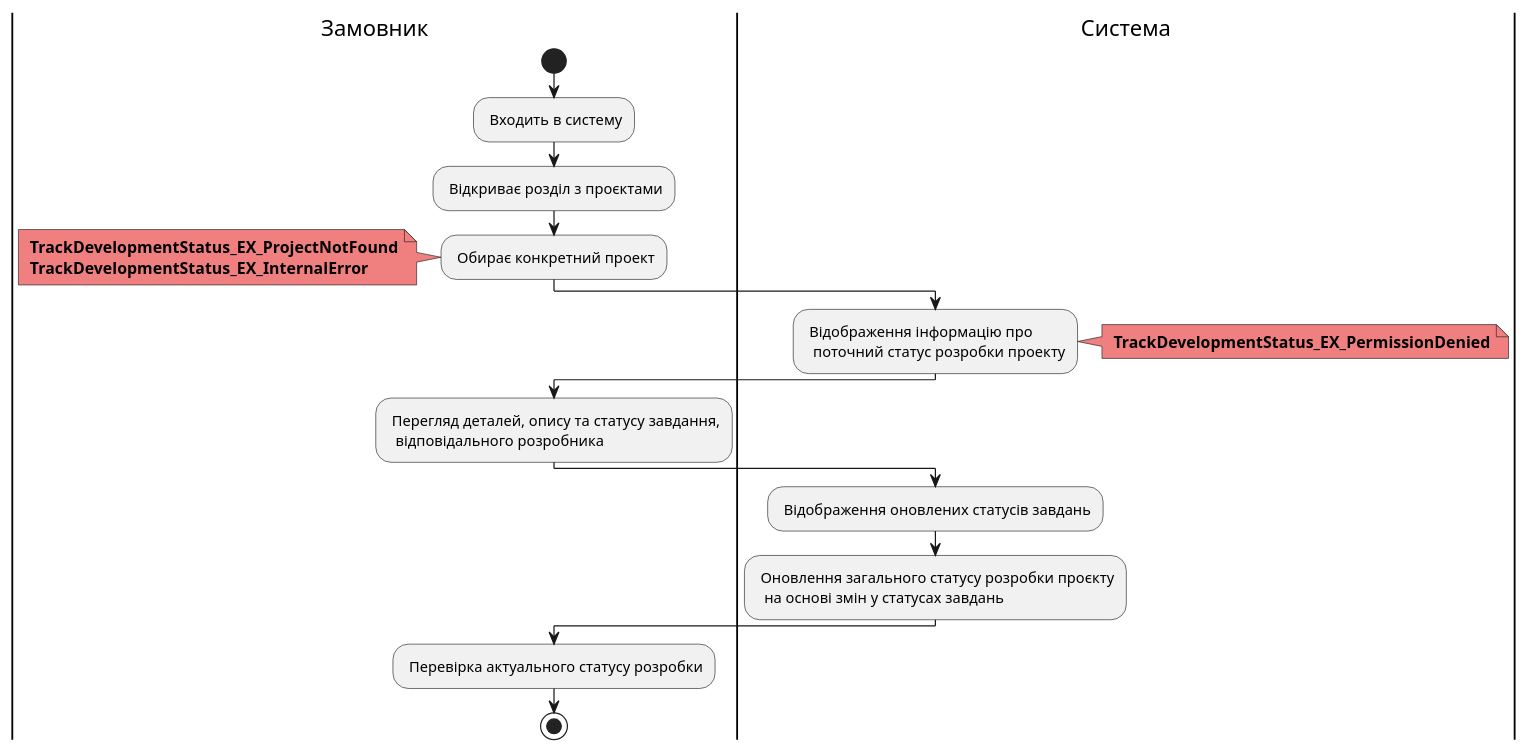
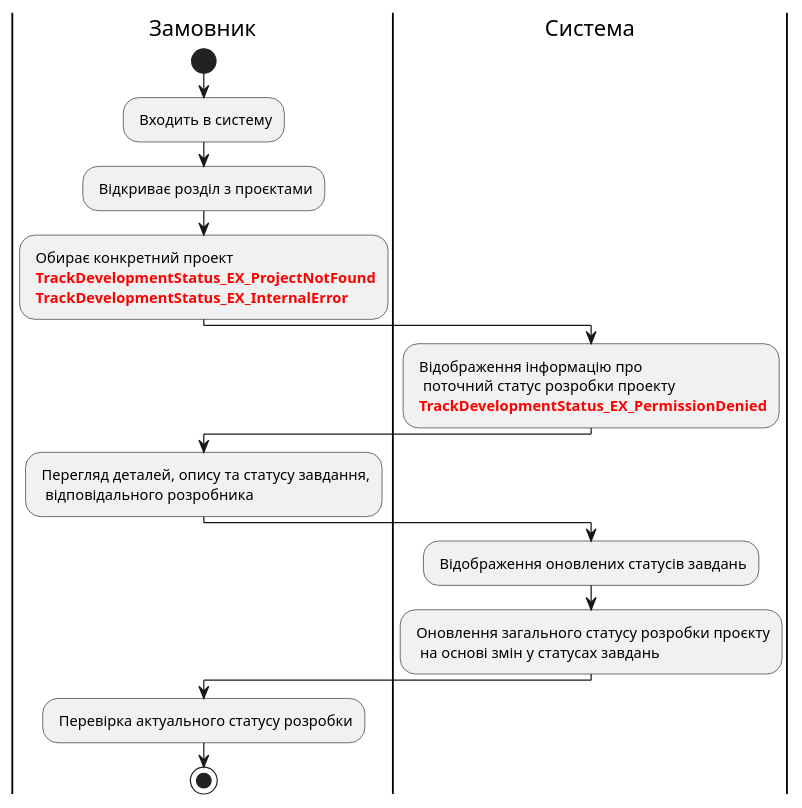
Diagram 12 of 19 in docs/use cases/README.md (edu-db/edu_db_labs), drawn with PlantUML before and after one commit. The commit also changed other lines of this file, not shown here.

```diff
--- a/docs/use cases/README.md
+++ b/docs/use cases/README.md
@@ -474,34 +462,30 @@
 @startuml
 
     |Замовник|
     start;
     : Входить в систему;
     : Відкриває розділ з проєктами;
-    : Обирає конкретний проект;
-    note left #F08080
-    <b> TrackDevelopmentStatus_EX_ProjectNotFound
-    <b> TrackDevelopmentStatus_EX_InternalError
-    end note
+    : Обирає конкретний проект
+    <font color="red"><b> TrackDevelopmentStatus_EX_ProjectNotFound
+    <font color="red"><b> TrackDevelopmentStatus_EX_InternalError;
 
     |Система|
     : Відображення інформацію про
-      поточний статус розробки проекту;
-    note right #F08080
-    <b> TrackDevelopmentStatus_EX_PermissionDenied
-    end note
+      поточний статус розробки проекту
+    <font color="red"><b> TrackDevelopmentStatus_EX_PermissionDenied;
 
     |Замовник|
     : Перегляд деталей, опису та статусу завдання,
       відповідального розробника;
 
     |Система|
     : Відображення оновлених статусів завдань;
     : Оновлення загального статусу розробки проєкту
       на основі змін у статусах завдань;
 
     |Замовник|
     : Перевірка актуального статусу розробки;
 
     stop;
 
 @enduml
```
